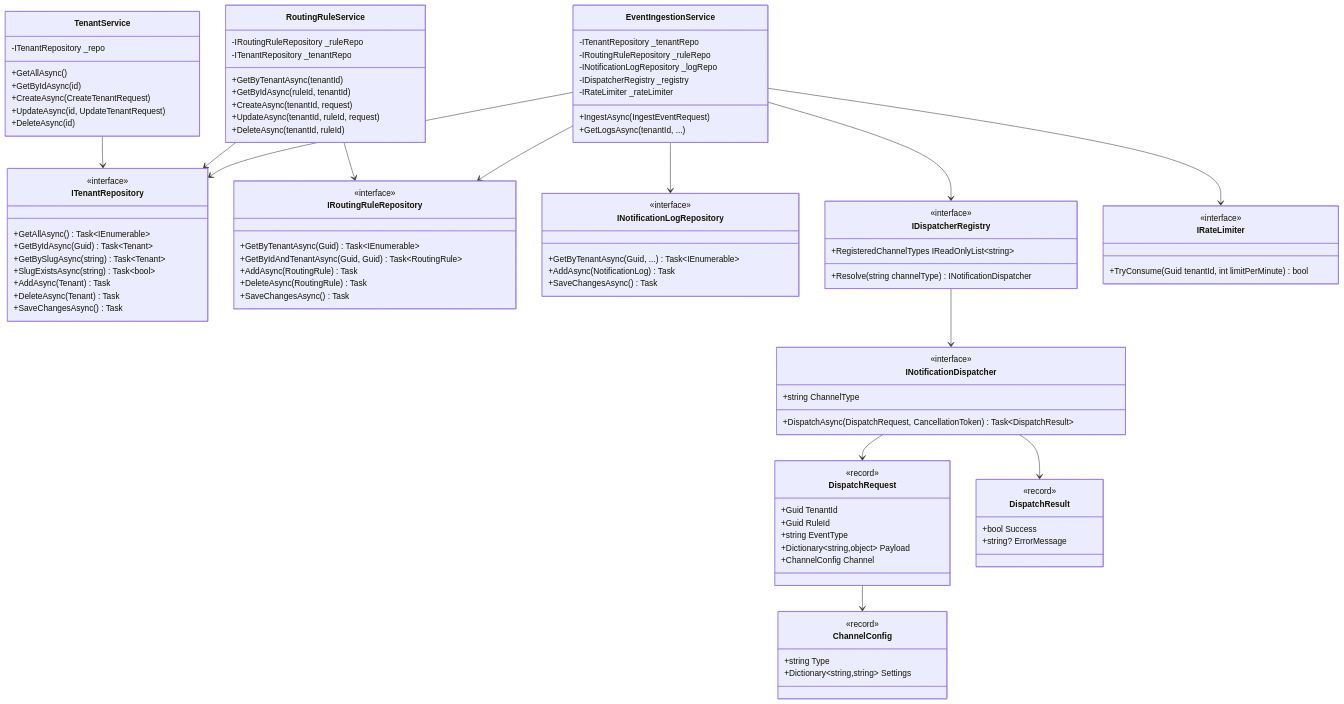
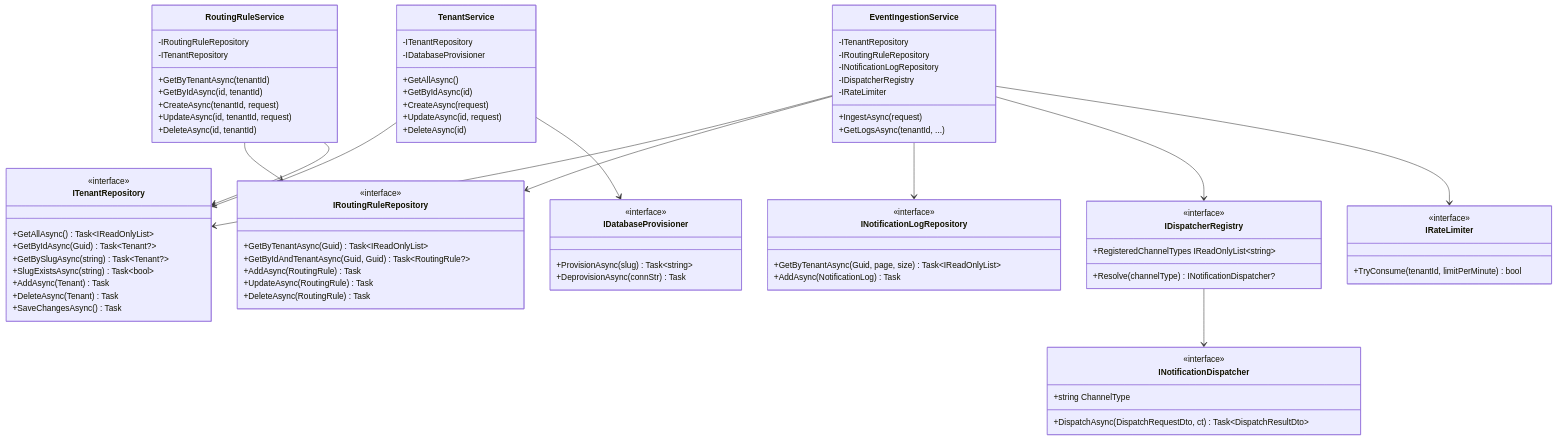
Before and after one commit to joelburke/multitenant-notifier: the third of 6 diagrams in ARCHITECTURE.md, drawn with Mermaid. The commit also changed other lines of this file and 4 other files, not shown here.

````diff
--- a/ARCHITECTURE.md
+++ b/ARCHITECTURE.md
@@ -116,9 +113,9 @@
 classDiagram
     class ITenantRepository {
         <<interface>>
-        +GetAllAsync() Task~IEnumerable~
-        +GetByIdAsync(Guid) Task~Tenant~
-        +GetBySlugAsync(string) Task~Tenant~
+        +GetAllAsync() Task~IReadOnlyList~
+        +GetByIdAsync(Guid) Task~Tenant?~
+        +GetBySlugAsync(string) Task~Tenant?~
         +SlugExistsAsync(string) Task~bool~
         +AddAsync(Tenant) Task
         +DeleteAsync(Tenant) Task
@@ -126,78 +123,66 @@
     }
     class IRoutingRuleRepository {
         <<interface>>
-        +GetByTenantAsync(Guid) Task~IEnumerable~
-        +GetByIdAndTenantAsync(Guid, Guid) Task~RoutingRule~
+        +GetByTenantAsync(Guid) Task~IReadOnlyList~
+        +GetByIdAndTenantAsync(Guid, Guid) Task~RoutingRule?~
         +AddAsync(RoutingRule) Task
+        +UpdateAsync(RoutingRule) Task
         +DeleteAsync(RoutingRule) Task
-        +SaveChangesAsync() Task
     }
     class INotificationLogRepository {
         <<interface>>
-        +GetByTenantAsync(Guid, ...) Task~IEnumerable~
+        +GetByTenantAsync(Guid, page, size) Task~IReadOnlyList~
         +AddAsync(NotificationLog) Task
-        +SaveChangesAsync() Task
+    }
+    class IDatabaseProvisioner {
+        <<interface>>
+        +ProvisionAsync(slug) Task~string~
+        +DeprovisionAsync(connStr) Task
     }
     class INotificationDispatcher {
         <<interface>>
         +string ChannelType
-        +DispatchAsync(DispatchRequest, CancellationToken) Task~DispatchResult~
+        +DispatchAsync(DispatchRequestDto, ct) Task~DispatchResultDto~
     }
     class IDispatcherRegistry {
         <<interface>>
-        +Resolve(string channelType) INotificationDispatcher
+        +Resolve(channelType) INotificationDispatcher?
         +RegisteredChannelTypes IReadOnlyList~string~
     }
     class IRateLimiter {
         <<interface>>
-        +TryConsume(Guid tenantId, int limitPerMinute) bool
+        +TryConsume(tenantId, limitPerMinute) bool
     }
     class TenantService {
-        -ITenantRepository _repo
+        -ITenantRepository
+        -IDatabaseProvisioner
         +GetAllAsync()
         +GetByIdAsync(id)
-        +CreateAsync(CreateTenantRequest)
-        +UpdateAsync(id, UpdateTenantRequest)
+        +CreateAsync(request)
+        +UpdateAsync(id, request)
         +DeleteAsync(id)
     }
     class RoutingRuleService {
-        -IRoutingRuleRepository _ruleRepo
-        -ITenantRepository _tenantRepo
+        -IRoutingRuleRepository
+        -ITenantRepository
         +GetByTenantAsync(tenantId)
-        +GetByIdAsync(ruleId, tenantId)
+        +GetByIdAsync(id, tenantId)
         +CreateAsync(tenantId, request)
-        +UpdateAsync(tenantId, ruleId, request)
-        +DeleteAsync(tenantId, ruleId)
+        +UpdateAsync(id, tenantId, request)
+        +DeleteAsync(id, tenantId)
     }
     class EventIngestionService {
-        -ITenantRepository _tenantRepo
-        -IRoutingRuleRepository _ruleRepo
-        -INotificationLogRepository _logRepo
-        -IDispatcherRegistry _registry
-        -IRateLimiter _rateLimiter
-        +IngestAsync(IngestEventRequest)
+        -ITenantRepository
+        -IRoutingRuleRepository
+        -INotificationLogRepository
+        -IDispatcherRegistry
+        -IRateLimiter
+        +IngestAsync(request)
         +GetLogsAsync(tenantId, ...)
-    }
-    class ChannelConfig {
-        <<record>>
-        +string Type
-        +Dictionary~string,string~ Settings
-    }
-    class DispatchRequest {
-        <<record>>
-        +Guid TenantId
-        +Guid RuleId
-        +string EventType
-        +Dictionary~string,object~ Payload
-        +ChannelConfig Channel
-    }
-    class DispatchResult {
-        <<record>>
-        +bool Success
-        +string? ErrorMessage
     }
 
     TenantService --> ITenantRepository
+    TenantService --> IDatabaseProvisioner
     RoutingRuleService --> IRoutingRuleRepository
     RoutingRuleService --> ITenantRepository
     EventIngestionService --> ITenantRepository
@@ -206,7 +191,4 @@
     EventIngestionService --> IDispatcherRegistry
     EventIngestionService --> IRateLimiter
     IDispatcherRegistry --> INotificationDispatcher
-    INotificationDispatcher --> DispatchRequest
-    INotificationDispatcher --> DispatchResult
-    DispatchRequest --> ChannelConfig
 ```
````
